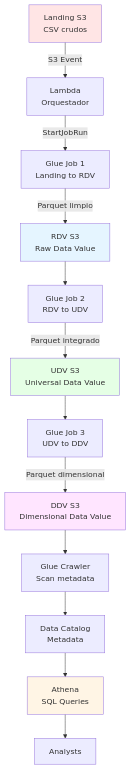
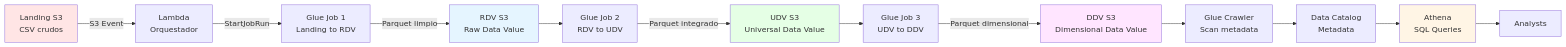
Before and after one commit to ANALITIKACLOUD/hand-on-cloud: the first of 17 diagrams in README.md, drawn with Mermaid.

Commit message:
docs: Cambiar diagrama arquitectura a orientación horizontal
- Cambiar flowchart TD a LR en diagrama principal
- Flujo ahora se muestra de izquierda a derecha
- Mejor visualización del pipeline secuencial

````diff
--- a/README.md
+++ b/README.md
@@ -21,20 +21,20 @@
 ```mermaid
-flowchart TD
+flowchart LR
     A[Landing S3<br/>CSV crudos] -->|S3 Event| B[Lambda<br/>Orquestador]
     B -->|StartJobRun| C[Glue Job 1<br/>Landing to RDV]
     C -->|Parquet limpio| D[RDV S3<br/>Raw Data Value]
     D --> E[Glue Job 2<br/>RDV to UDV]
     E -->|Parquet integrado| F[UDV S3<br/>Universal Data Value]
     F --> G[Glue Job 3<br/>UDV to DDV]
     G -->|Parquet dimensional| H[DDV S3<br/>Dimensional Data Value]
     H --> I[Glue Crawler<br/>Scan metadata]
     I --> J[Data Catalog<br/>Metadata]
     J --> K[Athena<br/>SQL Queries]
     K --> L[Analysts]
     
     style A fill:#FFE5E5
     style D fill:#E5F5FF
     style F fill:#E5FFE5
     style H fill:#FFE5FF
     style K fill:#FFF5E5
 ```
````
